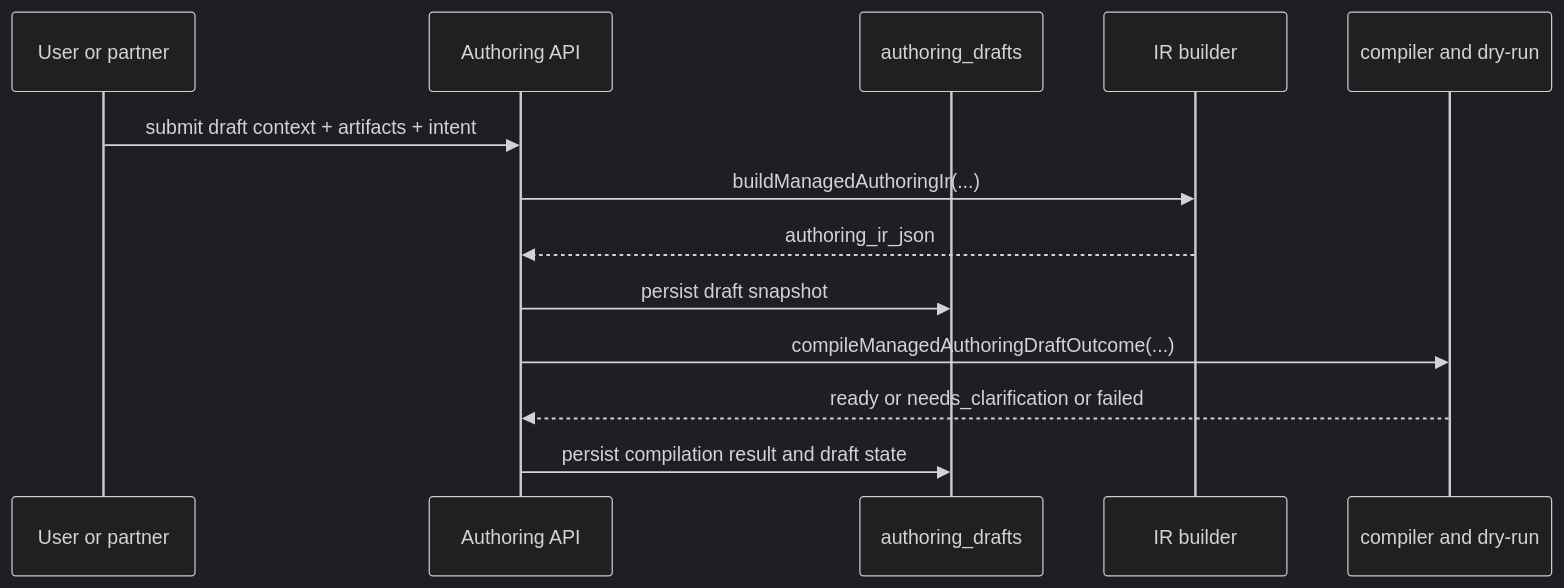
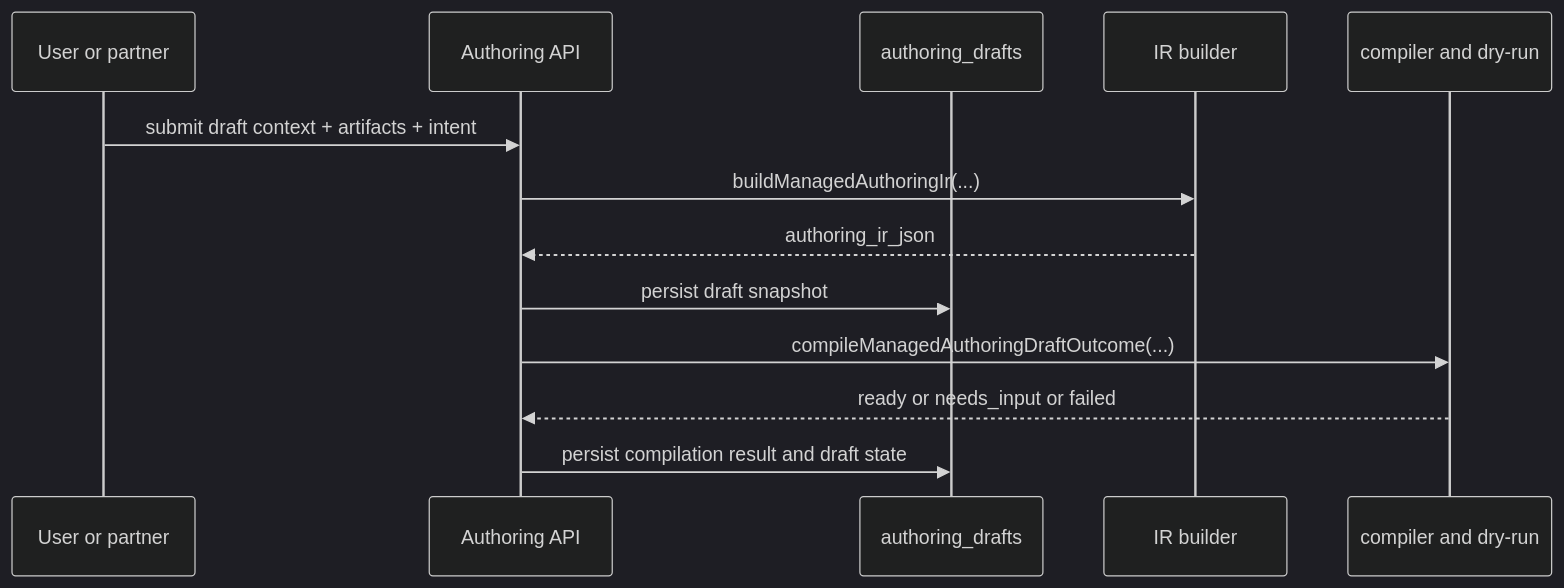
One commit to andymolecule/Hermes changed the sixth of 9 diagrams in docs/system-anatomy.md. Above: the diagram before and after it, drawn with Mermaid (dark theme). The commit also changed other lines of this file and 42 other files, not shown here.

Commit message:
Unify authoring needs-input questions

````diff
--- a/docs/system-anatomy.md
+++ b/docs/system-anatomy.md
@@ -925,16 +925,16 @@
 ```mermaid
 sequenceDiagram
     participant U as User or partner
     participant API as Authoring API
     participant DB as authoring_drafts
     participant IR as IR builder
     participant CMP as compiler and dry-run
 
     U->>API: submit draft context + artifacts + intent
     API->>IR: buildManagedAuthoringIr(...)
     IR-->>API: authoring_ir_json
     API->>DB: persist draft snapshot
     API->>CMP: compileManagedAuthoringDraftOutcome(...)
-    CMP-->>API: ready or needs_clarification or failed
+    CMP-->>API: ready or needs_input or failed
     API->>DB: persist compilation result and draft state
 ```
````
